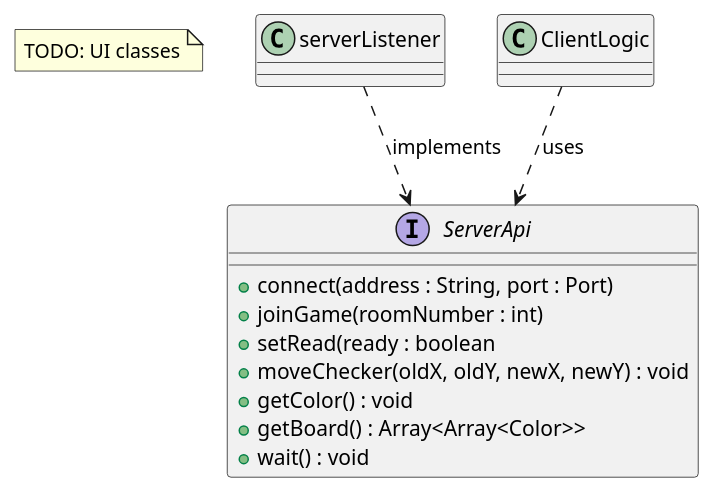
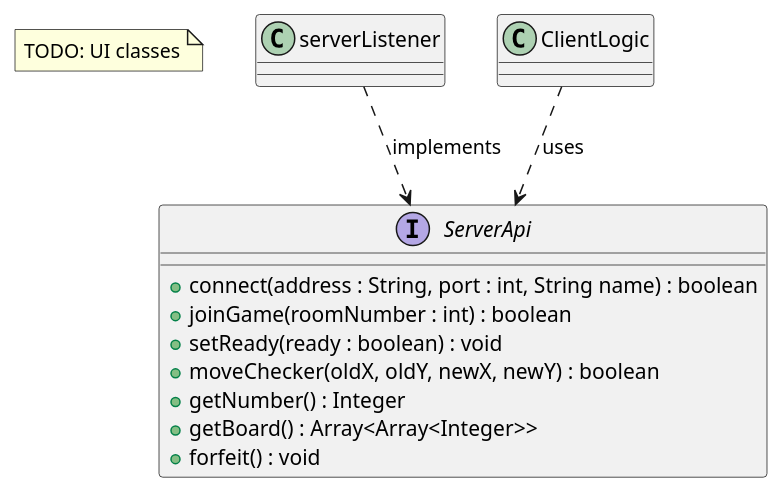
The diagram in diagrams/Client.puml (norbert791/TPlista5), drawn with PlantUML before and after one commit. The commit also changed 30 other files, not shown here.

```diff
--- a/diagrams/Client.puml
+++ b/diagrams/Client.puml
@@ -1,23 +1,23 @@
 @startuml
 'https://plantuml.com/class-diagram
 
 Note "TODO: UI classes" as N1
 
 interface ServerApi
 class serverListener
 class ClientLogic
 
 serverListener ..> ServerApi : implements
 ClientLogic ..> ServerApi : uses
 
 interface ServerApi {
-    +connect(address : String, port : Port)
-    +joinGame(roomNumber : int)
-    +setRead(ready : boolean
-    +moveChecker(oldX, oldY, newX, newY) : void
-    +getColor() : void
-    +getBoard() : Array<Array<Color>>
-    +wait() : void
+    +connect(address : String, port : int, String name) : boolean
+    +joinGame(roomNumber : int) : boolean
+    +setReady(ready : boolean) : void
+    +moveChecker(oldX, oldY, newX, newY) : boolean
+    +getNumber() : Integer
+    +getBoard() : Array<Array<Integer>>
+    +forfeit() : void
 }
 
 @enduml
```
